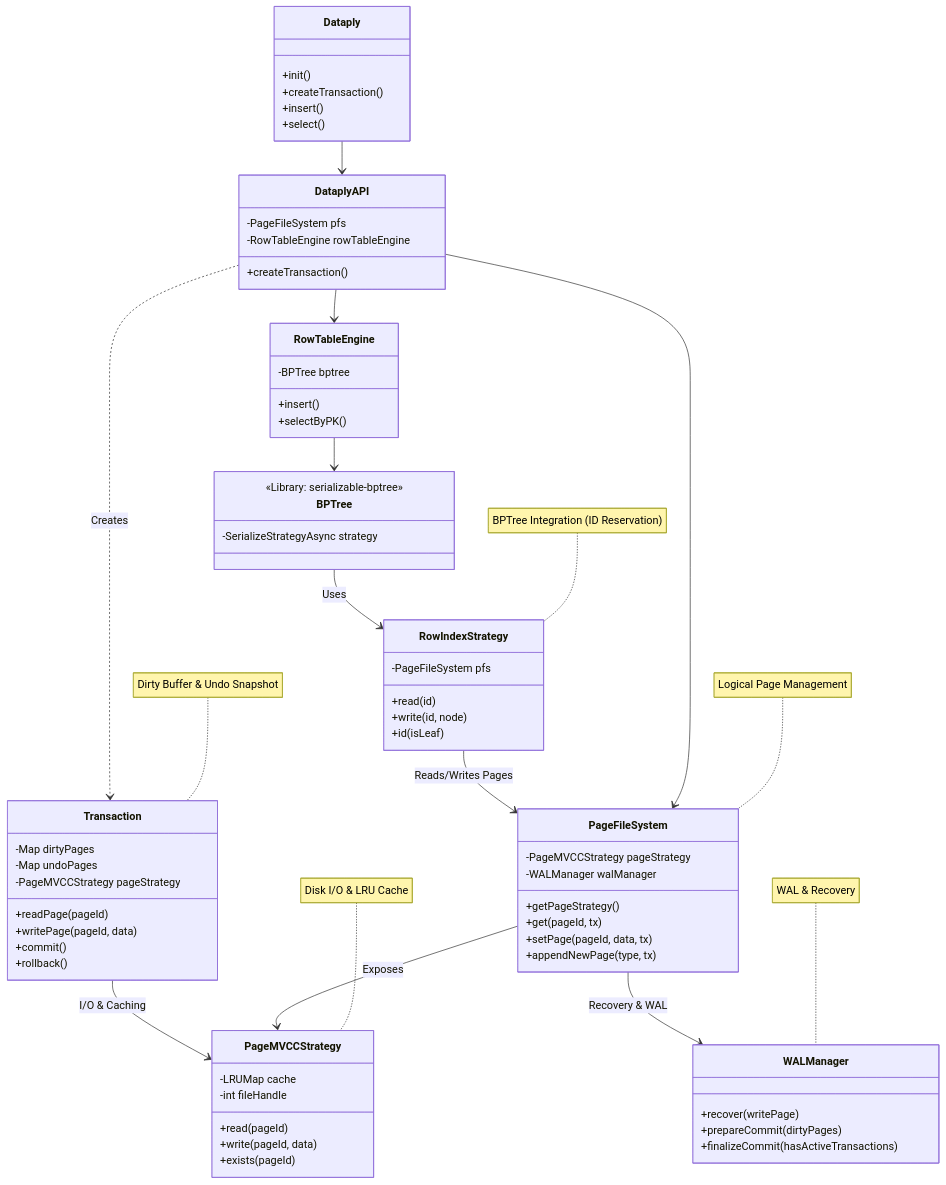
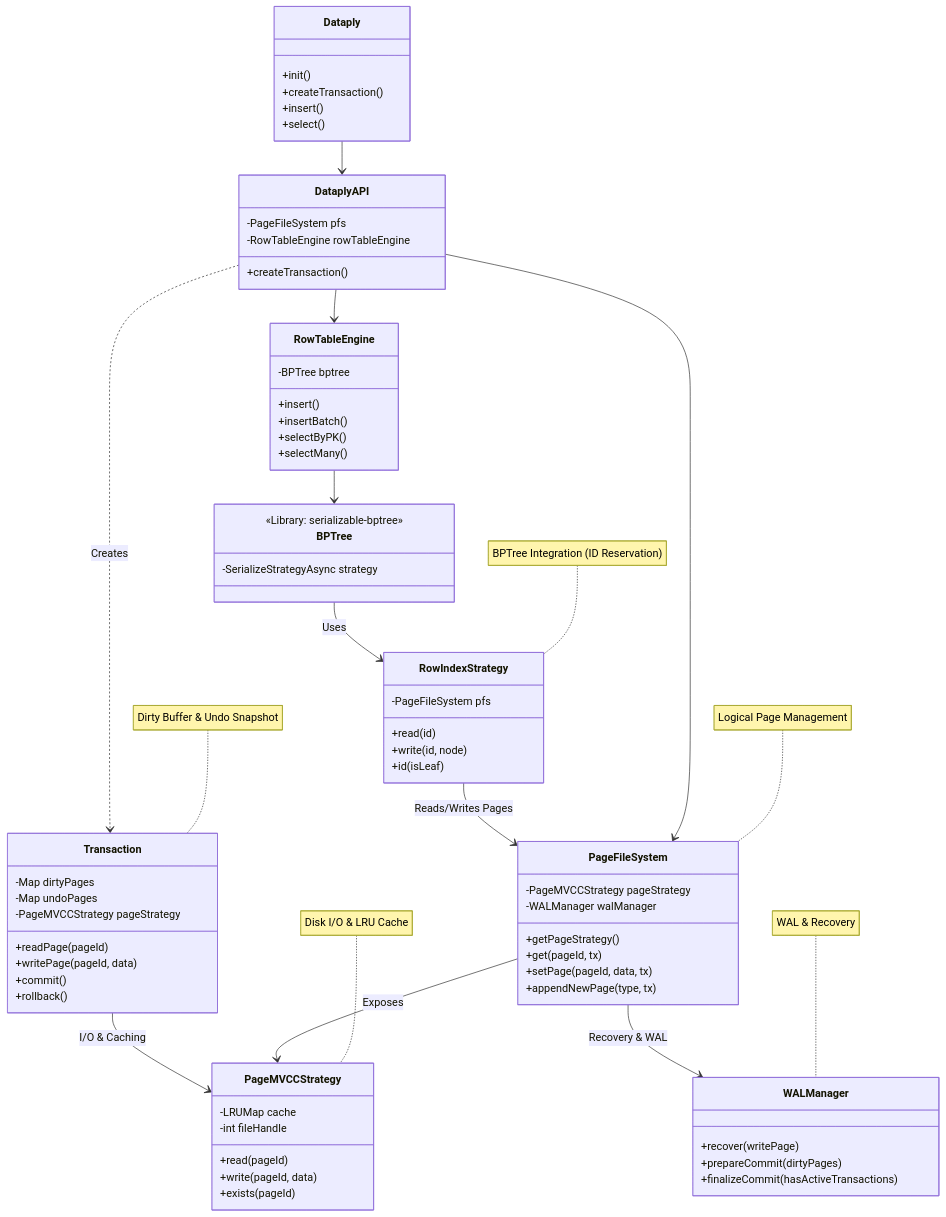
The first of 2 diagrams in docs/architecture.md (izure1/dataply), drawn with Mermaid before and after one commit. The commit also changed other lines of this file and 4 other files, not shown here.

```diff
--- a/docs/architecture.md
+++ b/docs/architecture.md
@@ -59,7 +59,9 @@
     class RowTableEngine {
         -BPTree bptree
         +insert()
+        +insertBatch()
         +selectByPK()
+        +selectMany()
     }
 
     class BPTree {
```
